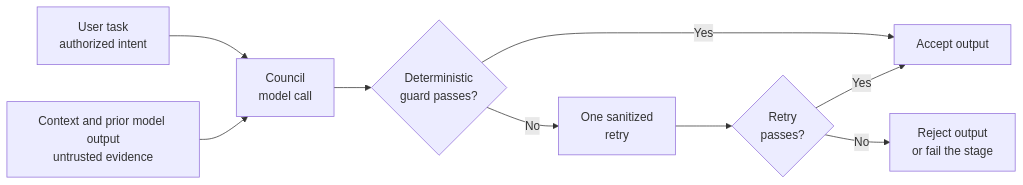
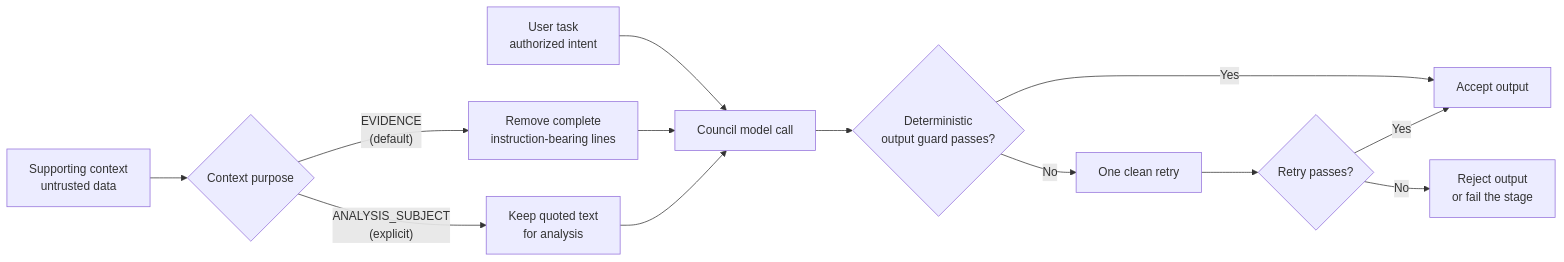
The second of 7 diagrams in docs/library-flow-guide.md (debopampoddar/llm-council), drawn with Mermaid before and after one commit. The commit also changed other lines of this file and 23 other files, not shown here.

First line of the commit message:
Harden supporting-context handling and gate rejected synthesis

````diff
--- a/docs/library-flow-guide.md
+++ b/docs/library-flow-guide.md
@@ -73,11 +80,15 @@
 ```mermaid
 flowchart LR
-    A["User task<br/>authorized intent"] --> C["Council<br/>model call"]
-    B["Context and prior model output<br/>untrusted evidence"] --> C
-    C --> D{"Deterministic<br/>guard passes?"}
+    A["User task<br/>authorized intent"] --> C["Council model call"]
+    B["Supporting context<br/>untrusted data"] --> P{"Context purpose"}
+    P -- "EVIDENCE<br/>(default)" --> S["Remove complete<br/>instruction-bearing lines"]
+    P -- "ANALYSIS_SUBJECT<br/>(explicit)" --> K["Keep quoted text<br/>for analysis"]
+    S --> C
+    K --> C
+    C --> D{"Deterministic<br/>output guard passes?"}
     D -- "Yes" --> E["Accept output"]
-    D -- "No" --> F["One sanitized<br/>retry"]
-    F --> G{"Retry<br/>passes?"}
+    D -- "No" --> F["One clean retry"]
+    F --> G{"Retry passes?"}
     G -- "Yes" --> E
     G -- "No" --> H["Reject output<br/>or fail the stage"]
 ```
````
